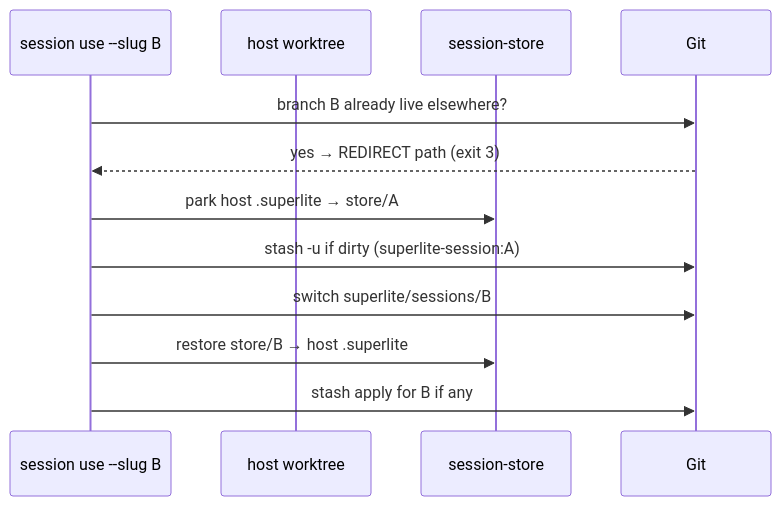
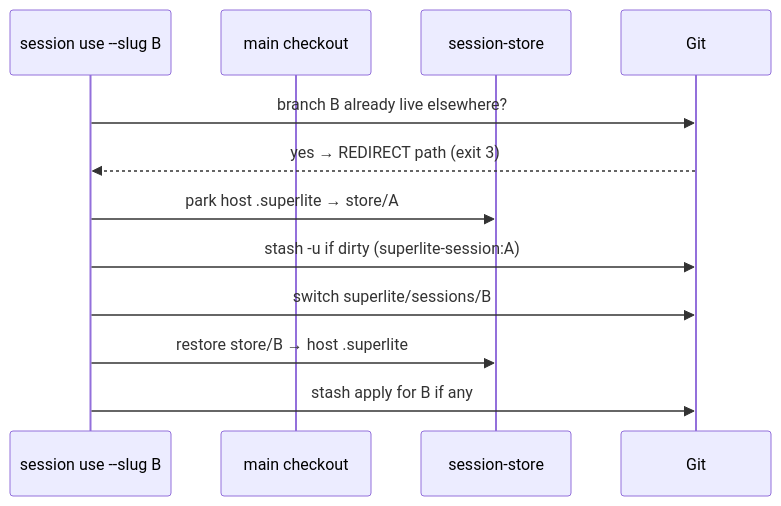
Before and after one commit to iha2/superlite: the second of 3 diagrams in docs/sessions.md, drawn with Mermaid. The commit also changed other lines of this file and 243 other files, not shown here.

````diff
--- a/docs/sessions.md
+++ b/docs/sessions.md
@@ -32,15 +32,15 @@
 ```mermaid
 sequenceDiagram
   participant Use as session use --slug B
-  participant Host as host worktree
+  participant Host as main checkout
   participant Store as session-store
   participant Git
 
   Use->>Git: branch B already live elsewhere?
   Git-->>Use: yes → REDIRECT path (exit 3)
   Use->>Store: park host .superlite → store/A
   Use->>Git: stash -u if dirty (superlite-session:A)
   Use->>Git: switch superlite/sessions/B
   Use->>Store: restore store/B → host .superlite
   Use->>Git: stash apply for B if any
 ```
````
